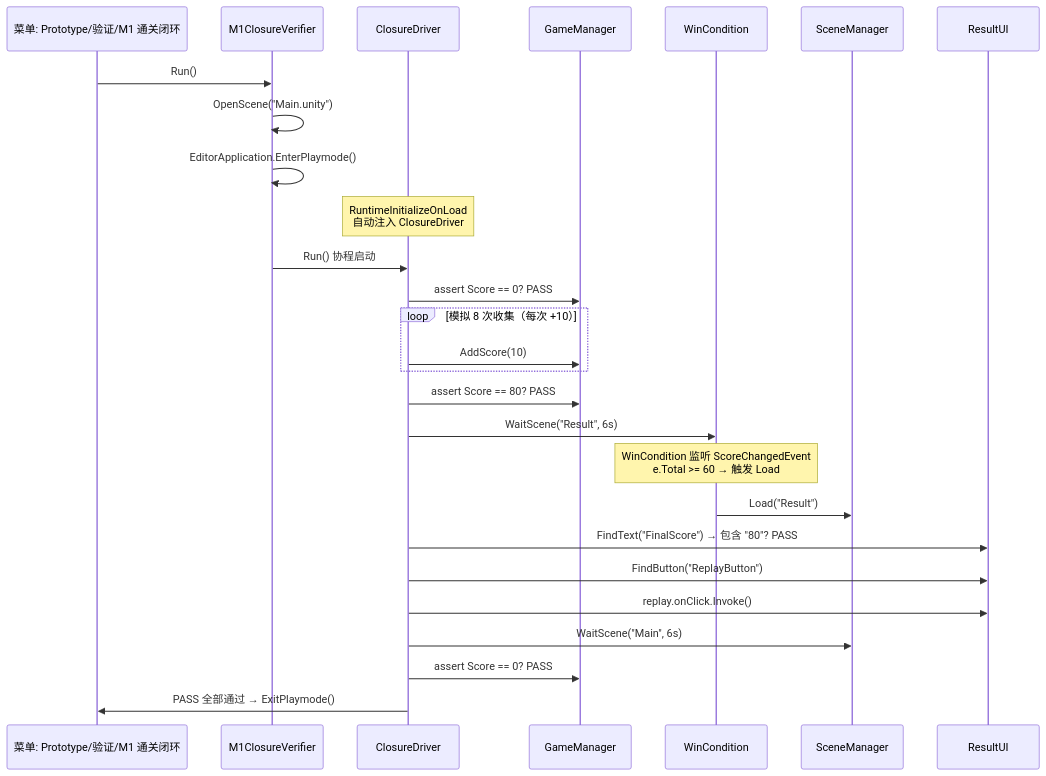
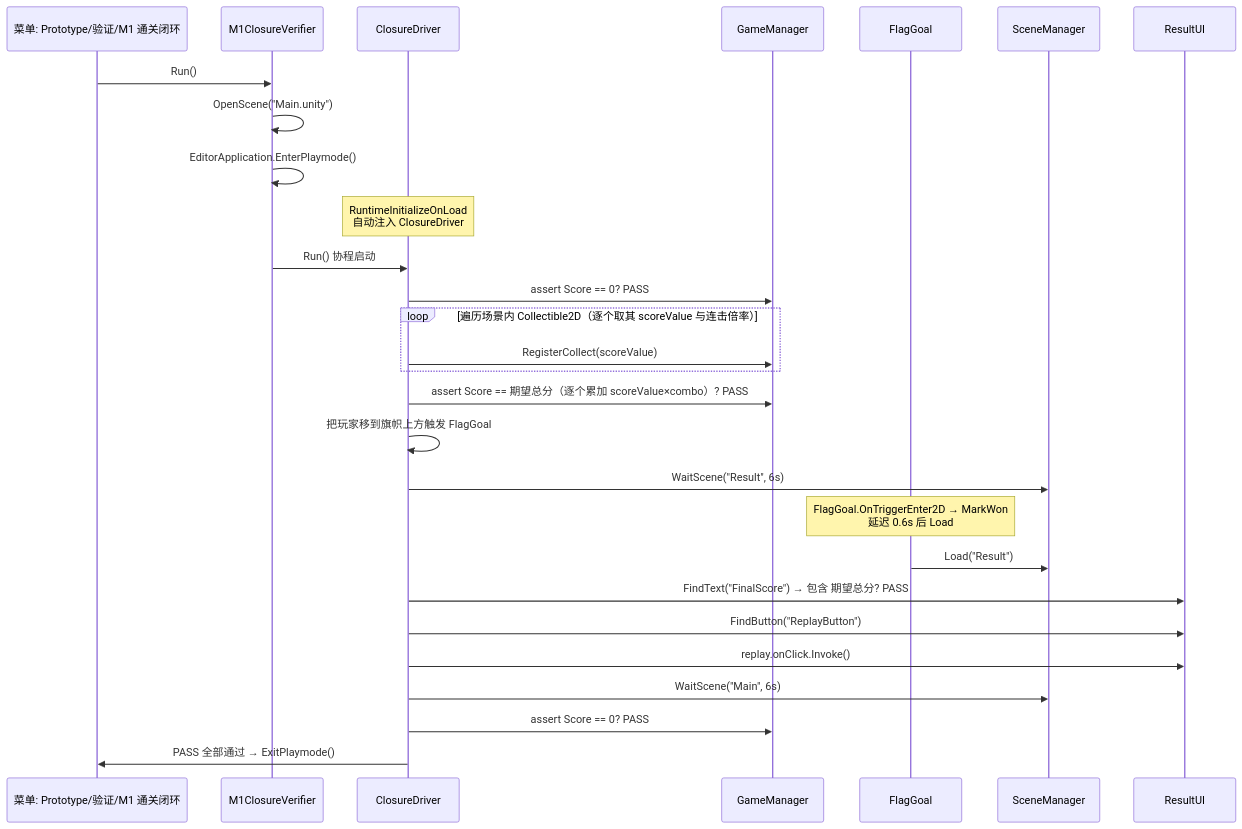
Before and after one commit to duyv0826/platformer-prototype: the third of 3 diagrams in docs/06-编辑器工具.md, drawn with Mermaid. The commit also changed other lines of this file and 20 other files, not shown here.

````diff
--- a/docs/06-编辑器工具.md
+++ b/docs/06-编辑器工具.md
@@ -307,34 +306,35 @@
 ```mermaid
 sequenceDiagram
     participant Menu as 菜单: Prototype/验证/M1 通关闭环
     participant Verifier as M1ClosureVerifier
     participant Driver as ClosureDriver
     participant GM as GameManager
-    participant WC as WinCondition
+    participant FG as FlagGoal
     participant SM as SceneManager
     participant UI as ResultUI
 
     Menu->>Verifier: Run()
     Verifier->>Verifier: OpenScene("Main.unity")
     Verifier->>Verifier: EditorApplication.EnterPlaymode()
     
     Note over Driver: RuntimeInitializeOnLoad<br/>自动注入 ClosureDriver
     Verifier->>Driver: Run() 协程启动
     Driver->>GM: assert Score == 0? PASS
-    loop 模拟 8 次收集（每次 +10）
-        Driver->>GM: AddScore(10)
+    loop 遍历场景内 Collectible2D（逐个取其 scoreValue 与连击倍率）
+        Driver->>GM: RegisterCollect(scoreValue)
     end
-    Driver->>GM: assert Score == 80? PASS
+    Driver->>GM: assert Score == 期望总分（逐个累加 scoreValue×combo）? PASS
     
-    Driver->>WC: WaitScene("Result", 6s)
-    Note over WC: WinCondition 监听 ScoreChangedEvent<br/>e.Total >= 60 → 触发 Load
-    WC->>SM: Load("Result")
+    Driver->>Driver: 把玩家移到旗帜上方触发 FlagGoal
+    Driver->>SM: WaitScene("Result", 6s)
+    Note over FG: FlagGoal.OnTriggerEnter2D → MarkWon<br/>延迟 0.6s 后 Load
+    FG->>SM: Load("Result")
     
-    Driver->>UI: FindText("FinalScore") → 包含 "80"? PASS
+    Driver->>UI: FindText("FinalScore") → 包含 期望总分? PASS
     Driver->>UI: FindButton("ReplayButton")
     Driver->>UI: replay.onClick.Invoke()
     
     Driver->>SM: WaitScene("Main", 6s)
     Driver->>GM: assert Score == 0? PASS
     Driver->>Menu: PASS 全部通过 → ExitPlaymode()
 ```
````
